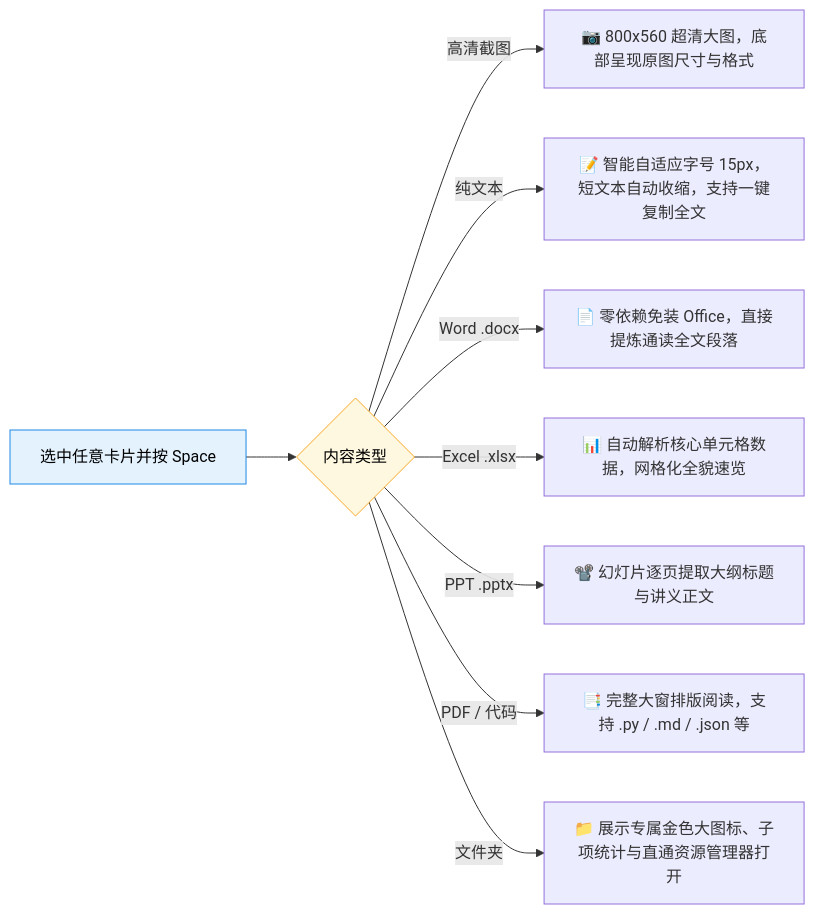
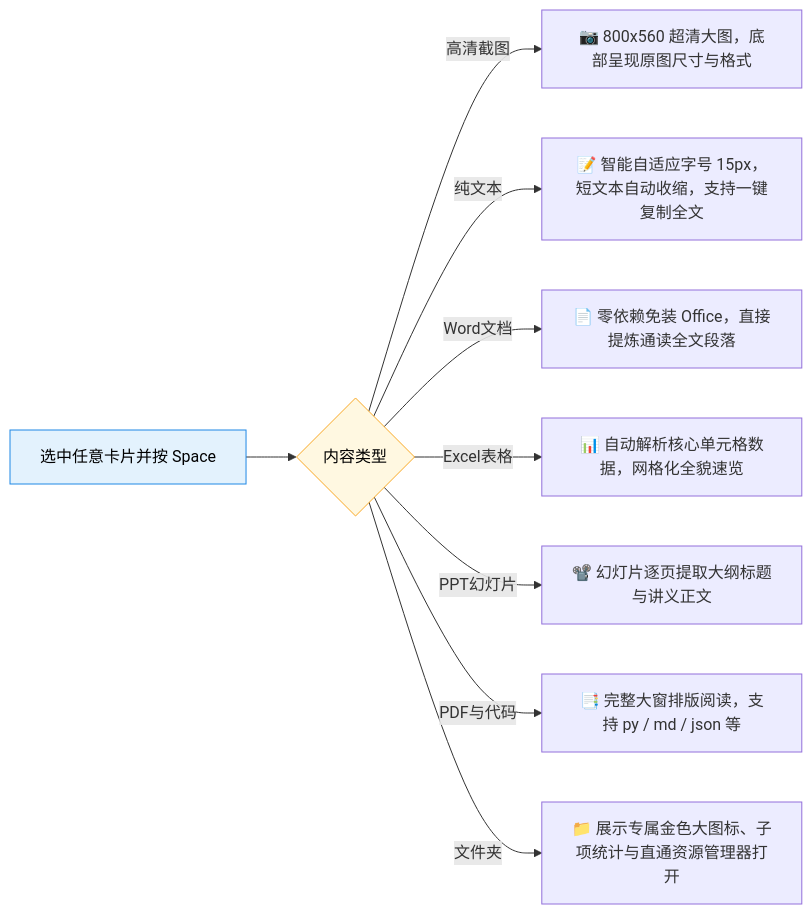
Before and after one commit to CatBoss-Paw/EasyClipboard: the second of 2 diagrams in README.md, drawn with Mermaid. The commit also changed other lines of this file, not shown here.

Commit message:
fix(docs): 修复README中Mermaid图表subgraph与节点双引号语法以确保GitHub富文本渲染正常

````diff
--- a/README.md
+++ b/README.md
@@ -89,14 +89,14 @@
 ```mermaid
 graph LR
-    ITEM[选中任意卡片并按 Space] --> TYPE{内容类型}
-    TYPE -->|高清截图| P1[📷 800x560 超清大图，底部呈现原图尺寸与格式]
-    TYPE -->|纯文本| P2[📝 智能自适应字号 15px，短文本自动收缩，支持一键复制全文]
-    TYPE -->|Word .docx| P3[📄 零依赖免装 Office，直接提炼通读全文段落]
-    TYPE -->|Excel .xlsx| P4[📊 自动解析核心单元格数据，网格化全貌速览]
-    TYPE -->|PPT .pptx| P5[📽️ 幻灯片逐页提取大纲标题与讲义正文]
-    TYPE -->|PDF / 代码| P6[📑 完整大窗排版阅读，支持 .py / .md / .json 等]
-    TYPE -->|文件夹| P7[📁 展示专属金色大图标、子项统计与直通资源管理器打开]
+    ITEM["选中任意卡片并按 Space"] --> TYPE{"内容类型"}
+    TYPE -->|高清截图| P1["📷 800x560 超清大图，底部呈现原图尺寸与格式"]
+    TYPE -->|纯文本| P2["📝 智能自适应字号 15px，短文本自动收缩，支持一键复制全文"]
+    TYPE -->|Word文档| P3["📄 零依赖免装 Office，直接提炼通读全文段落"]
+    TYPE -->|Excel表格| P4["📊 自动解析核心单元格数据，网格化全貌速览"]
+    TYPE -->|PPT幻灯片| P5["📽️ 幻灯片逐页提取大纲标题与讲义正文"]
+    TYPE -->|PDF与代码| P6["📑 完整大窗排版阅读，支持 py / md / json 等"]
+    TYPE -->|文件夹| P7["📁 展示专属金色大图标、子项统计与直通资源管理器打开"]
 
     style ITEM fill:#e3f2fd,stroke:#1e88e5,color:#000
     style TYPE fill:#fff8e1,stroke:#f9a825,color:#000
 ```
````
